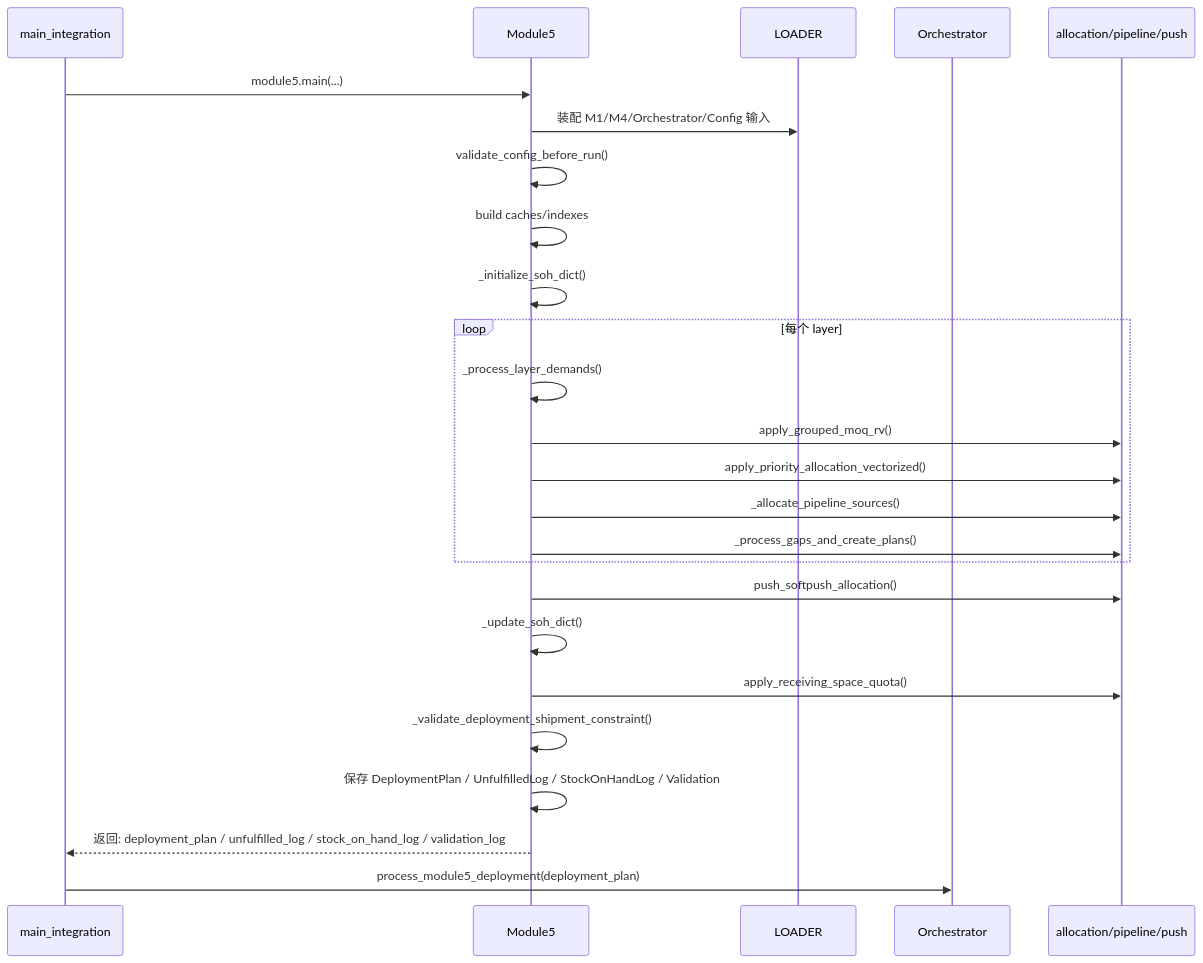
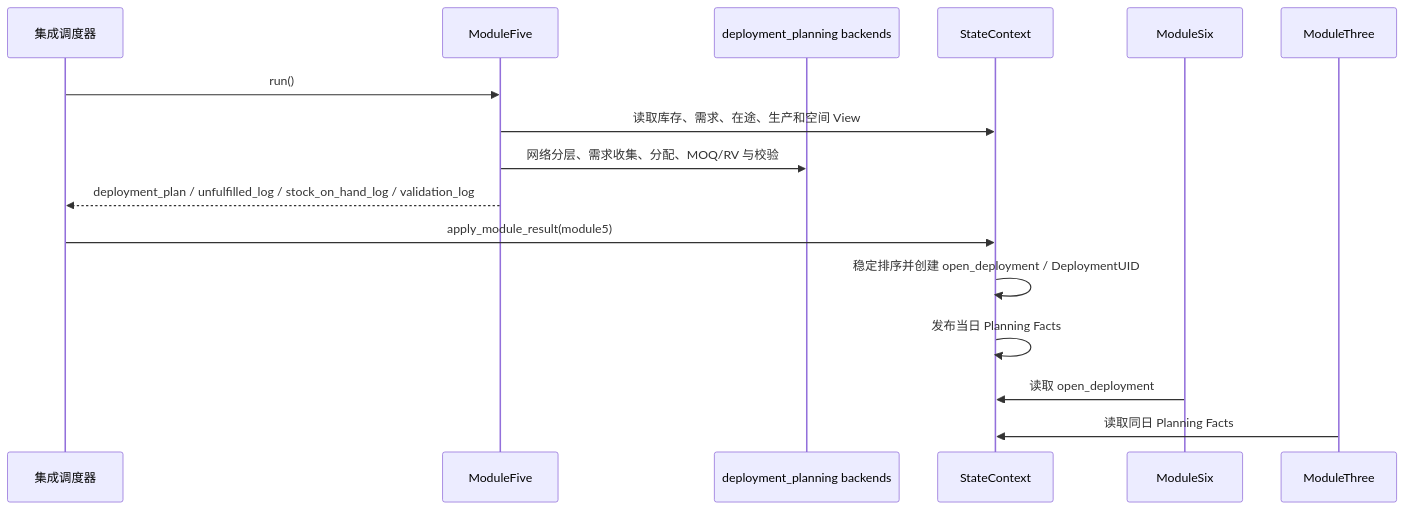
The sixth of 9 diagrams in docs/architecture/module_sequence_diagrams.md (senzhang-ps/chainsight), drawn with Mermaid before and after one commit. The commit also changed other lines of this file and 14 other files, not shown here.

````diff
--- a/docs/architecture/module_sequence_diagrams.md
+++ b/docs/architecture/module_sequence_diagrams.md
@@ -204,30 +188,19 @@
 ```mermaid
 sequenceDiagram
-    participant MAIN as main_integration
-    participant M5 as Module5
-    participant LOADER as LOADER
-    participant ORC as Orchestrator
-    participant ALLOC as allocation/pipeline/push
+    participant I as 集成调度器
+    participant M5 as ModuleFive
+    participant B as deployment_planning backends
+    participant S as StateContext
+    participant M6 as ModuleSix
+    participant M3 as ModuleThree
 
-    MAIN->>M5: module5.main(...)
-    M5->>LOADER: 装配 M1/M4/Orchestrator/Config 输入
-    M5->>M5: validate_config_before_run()
-    M5->>M5: build caches/indexes
-    M5->>M5: _initialize_soh_dict()
-
-    loop 每个 layer
-        M5->>M5: _process_layer_demands()
-        M5->>ALLOC: apply_grouped_moq_rv()
-        M5->>ALLOC: apply_priority_allocation_vectorized()
-        M5->>ALLOC: _allocate_pipeline_sources()
-        M5->>ALLOC: _process_gaps_and_create_plans()
-    end
-
-    M5->>ALLOC: push_softpush_allocation()
-    M5->>M5: _update_soh_dict()
-    M5->>ALLOC: apply_receiving_space_quota()
-    M5->>M5: _validate_deployment_shipment_constraint()
-    M5->>M5: 保存 DeploymentPlan / UnfulfilledLog / StockOnHandLog / Validation
-    M5-->>MAIN: 返回: deployment_plan / unfulfilled_log / stock_on_hand_log / validation_log
-    MAIN->>ORC: process_module5_deployment(deployment_plan)
+    I->>M5: run()
+    M5->>S: 读取库存、需求、在途、生产和空间 View
+    M5->>B: 网络分层、需求收集、分配、MOQ/RV 与校验
+    M5-->>I: deployment_plan / unfulfilled_log / stock_on_hand_log / validation_log
+    I->>S: apply_module_result(module5)
+    S->>S: 稳定排序并创建 open_deployment / DeploymentUID
+    S->>S: 发布当日 Planning Facts
+    M6->>S: 读取 open_deployment
+    M3->>S: 读取同日 Planning Facts
 ```
````
